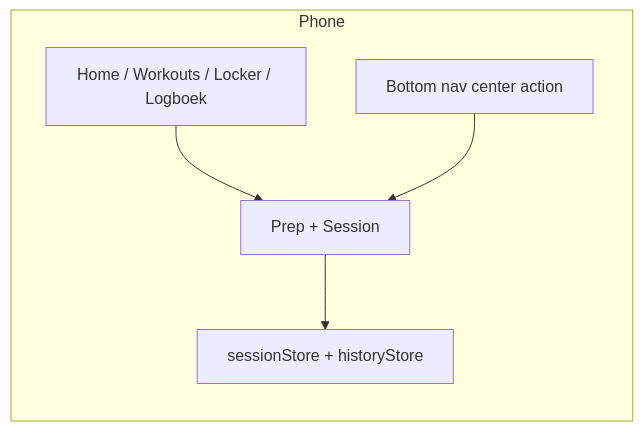
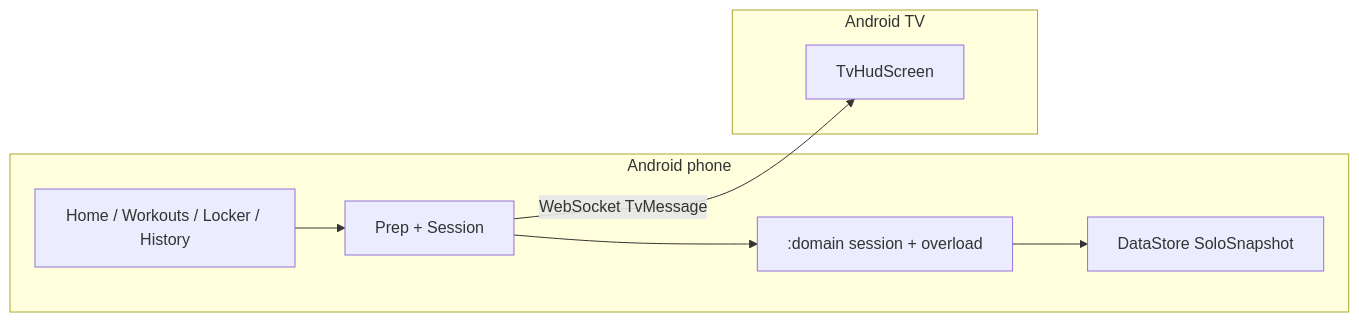
One commit to ingmarstruijs/solo changed the first of 4 diagrams in ARCHITECTURE.md. Above: the diagram before and after it, drawn with Mermaid. The commit also changed other lines of this file and 33 other files, not shown here.

First line of the commit message:
Add phone core UI, :domain, and DataStore persistence (Phase 6–7). (#63)

````diff
--- a/ARCHITECTURE.md
+++ b/ARCHITECTURE.md
@@ -13,12 +13,16 @@
 ```mermaid
 graph LR
-  subgraph Phone["Phone"]
-    A[Home / Workouts / Locker / Logboek]
+  subgraph Phone["Android phone"]
+    A[Home / Workouts / Locker / History]
     B[Prep + Session]
-    C[sessionStore + historyStore]
-    E[Bottom nav center action]
+    C[DataStore SoloSnapshot]
+    D[":domain session + overload"]
+  end
+  subgraph TV["Android TV"]
+    H[TvHudScreen]
   end
   A --> B
-  B --> C
-  E --> B
+  B --> D
+  D --> C
+  B -->|WebSocket TvMessage| H
 ```
````
